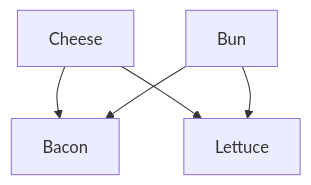
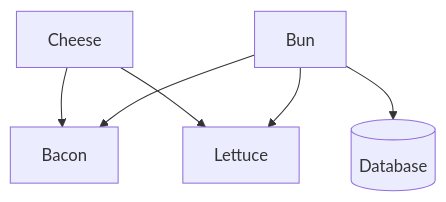
Before and after one commit to johnzastrow/choreme: the fourth of 18 diagrams in mermaid.md, drawn with Mermaid. The commit also changed other lines of this file, not shown here.

````diff
--- a/mermaid.md
+++ b/mermaid.md
@@ -42,7 +53,9 @@
 ```mermaid
 flowchart TB
     Cheese --> Bacon
     Cheese --> Lettuce
     Bun --> Bacon
     Bun --> Lettuce
-   ``` 
+    Bun --> d1[(Database)]
+     
+ ```  
````
